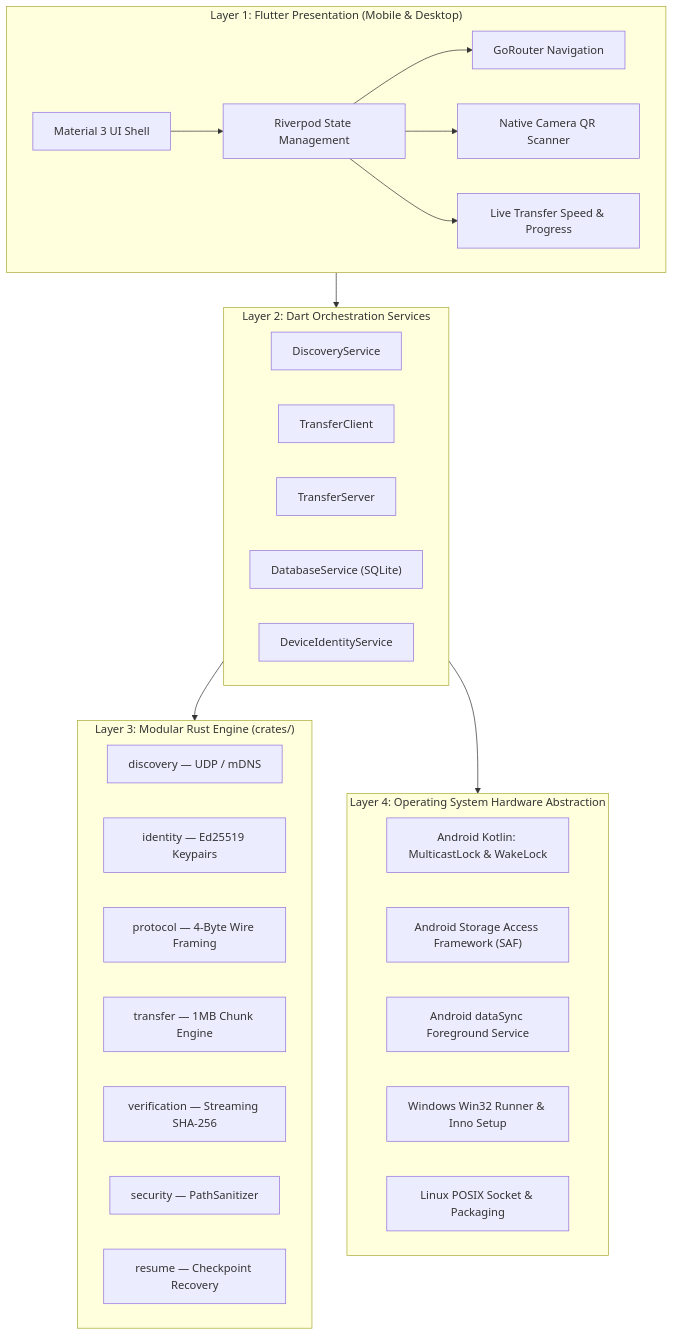
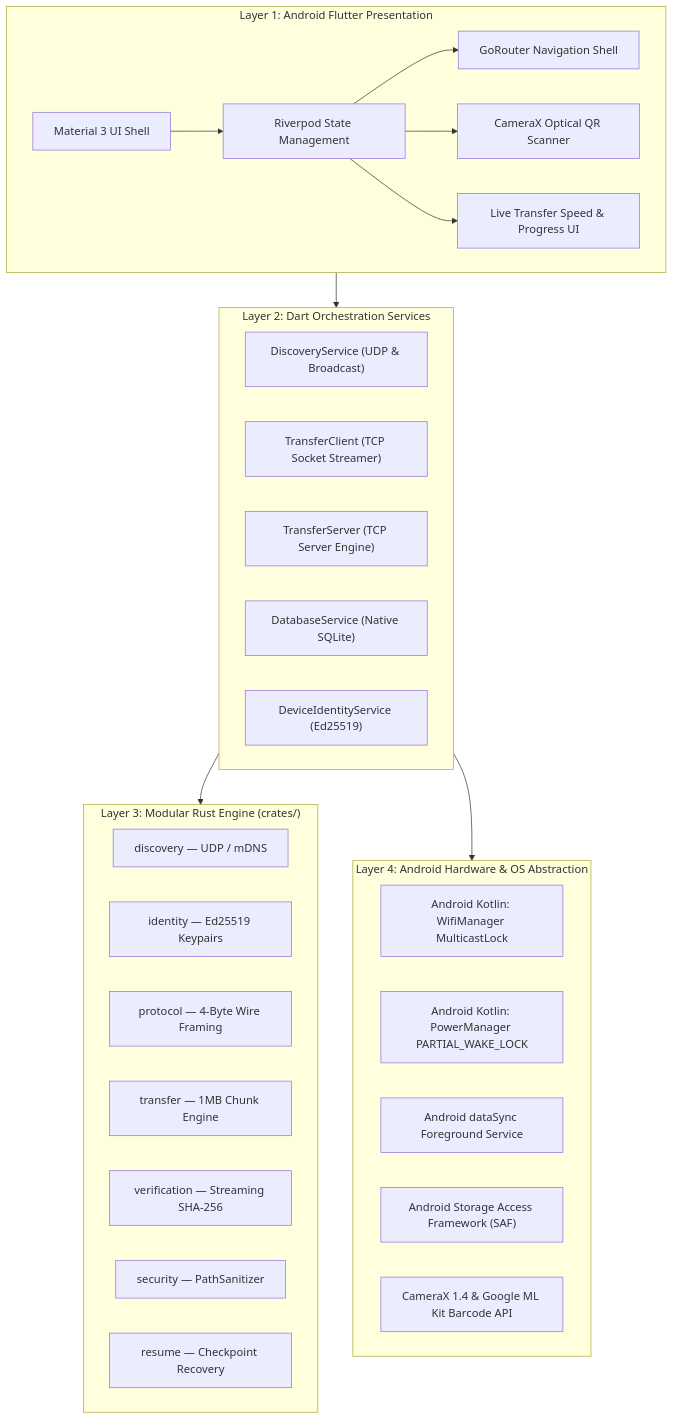
Before and after one commit to CodeByArnob/Nexora-share: the second of 2 diagrams in README.md, drawn with Mermaid. The commit also changed other lines of this file and 38 other files, not shown here.

````diff
--- a/README.md
+++ b/README.md
@@ -273,39 +271,39 @@
 ```mermaid
 graph TD
-    subgraph UI ["Layer 1: Flutter Presentation (Mobile & Desktop)"]
+    subgraph UI ["Layer 1: Android Flutter Presentation"]
         A1["Material 3 UI Shell"] --> A2["Riverpod State Management"]
-        A2 --> A3["GoRouter Navigation"]
-        A2 --> A4["Native Camera QR Scanner"]
-        A2 --> A5["Live Transfer Speed & Progress"]
+        A2 --> A3["GoRouter Navigation Shell"]
+        A2 --> A4["CameraX Optical QR Scanner"]
+        A2 --> A5["Live Transfer Speed & Progress UI"]
     end
 
     subgraph Service ["Layer 2: Dart Orchestration Services"]
-        B1["DiscoveryService"]
-        B2["TransferClient"]
-        B3["TransferServer"]
-        B4["DatabaseService (SQLite)"]
-        B5["DeviceIdentityService"]
+        B1["DiscoveryService (UDP & Broadcast)"]
+        B2["TransferClient (TCP Socket Streamer)"]
+        B3["TransferServer (TCP Server Engine)"]
+        B4["DatabaseService (Native SQLite)"]
+        B5["DeviceIdentityService (Ed25519)"]
     end
 
     subgraph Rust ["Layer 3: Modular Rust Engine (crates/)"]
         C1["discovery — UDP / mDNS"]
         C2["identity — Ed25519 Keypairs"]
         C3["protocol — 4-Byte Wire Framing"]
         C4["transfer — 1MB Chunk Engine"]
         C5["verification — Streaming SHA-256"]
         C6["security — PathSanitizer"]
         C7["resume — Checkpoint Recovery"]
     end
 
-    subgraph Native ["Layer 4: Operating System Hardware Abstraction"]
-        D1["Android Kotlin: MulticastLock & WakeLock"]
-        D2["Android Storage Access Framework (SAF)"]
+    subgraph Native ["Layer 4: Android Hardware & OS Abstraction"]
+        D1["Android Kotlin: WifiManager MulticastLock"]
+        D2["Android Kotlin: PowerManager PARTIAL_WAKE_LOCK"]
         D3["Android dataSync Foreground Service"]
-        D4["Windows Win32 Runner & Inno Setup"]
-        D5["Linux POSIX Socket & Packaging"]
+        D4["Android Storage Access Framework (SAF)"]
+        D5["CameraX 1.4 & Google ML Kit Barcode API"]
     end
 
     UI --> Service
     Service --> Rust
     Service --> Native
 ```
````
